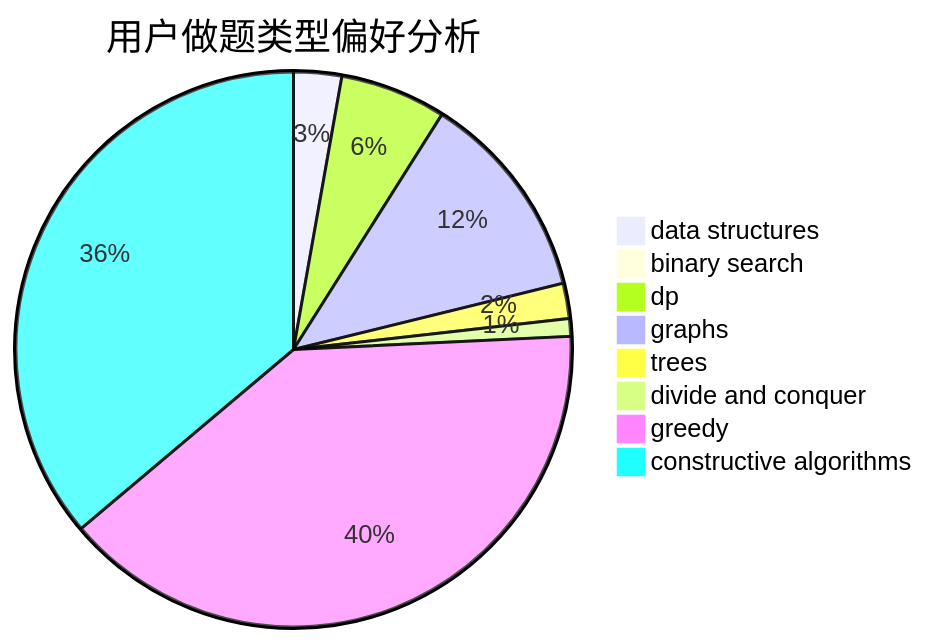
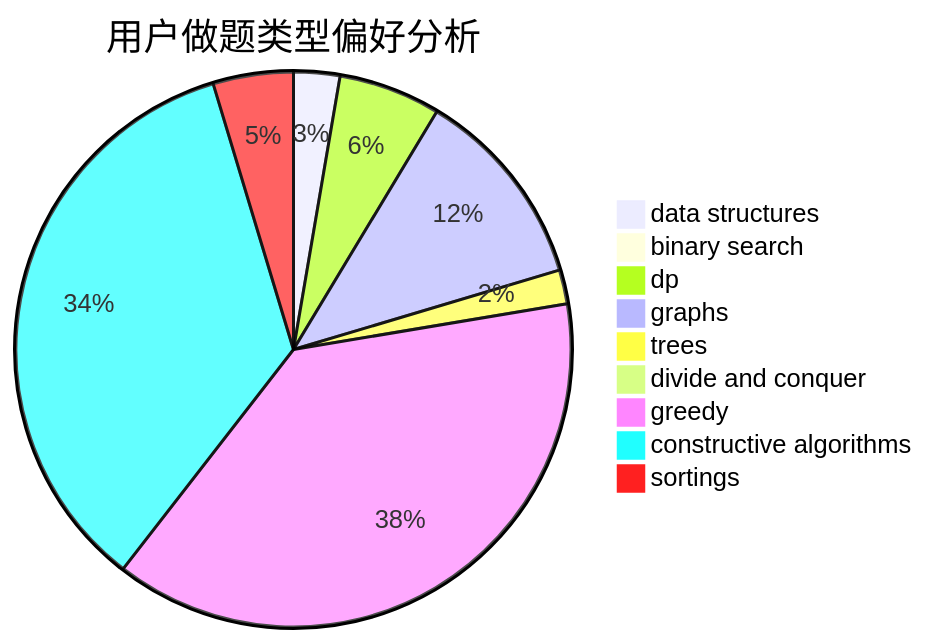
The second of 3 diagrams in docs/user/u817.md (sherpahu/cfrs.github.io), drawn with Mermaid before and after one commit. The commit also changed other lines of this file and 2769 other files, not shown here.

````diff
--- a/docs/user/u817.md
+++ b/docs/user/u817.md
@@ -23,11 +18,12 @@
 ```mermaid
 pie title 用户做题类型偏好分析
     "data structures" :  38
     "binary search" :  1
     "dp" :  84
     "graphs" :  166
     "trees" :  28
     "divide and conquer" :  14
     "greedy" :  539
     "constructive algorithms" :  492
+    "sortings" :  66
 ```
````
